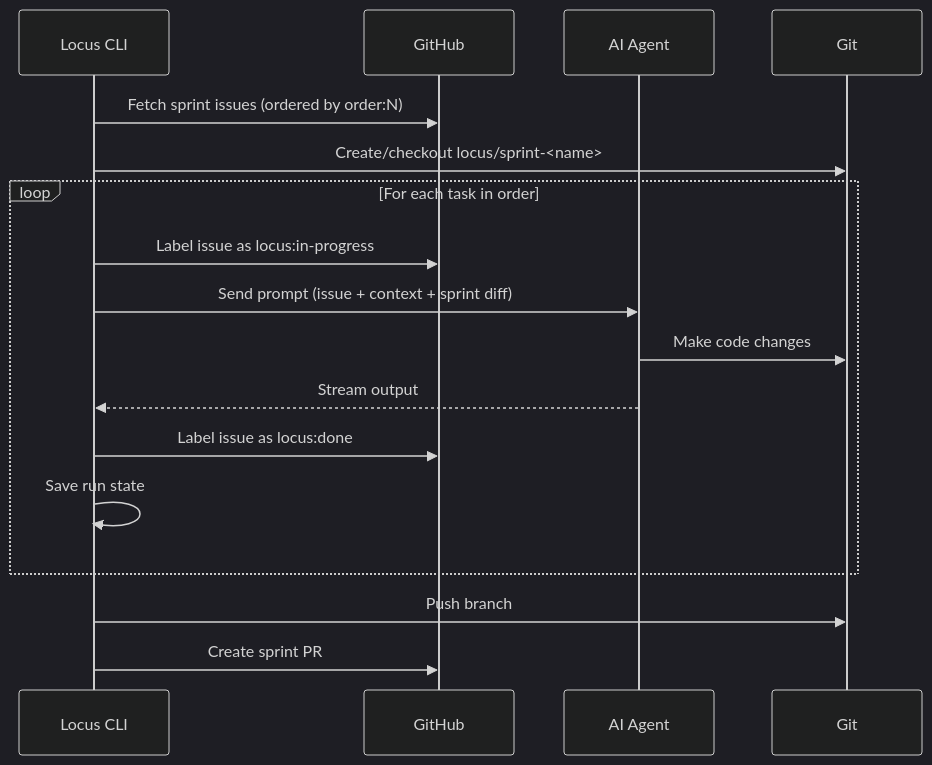
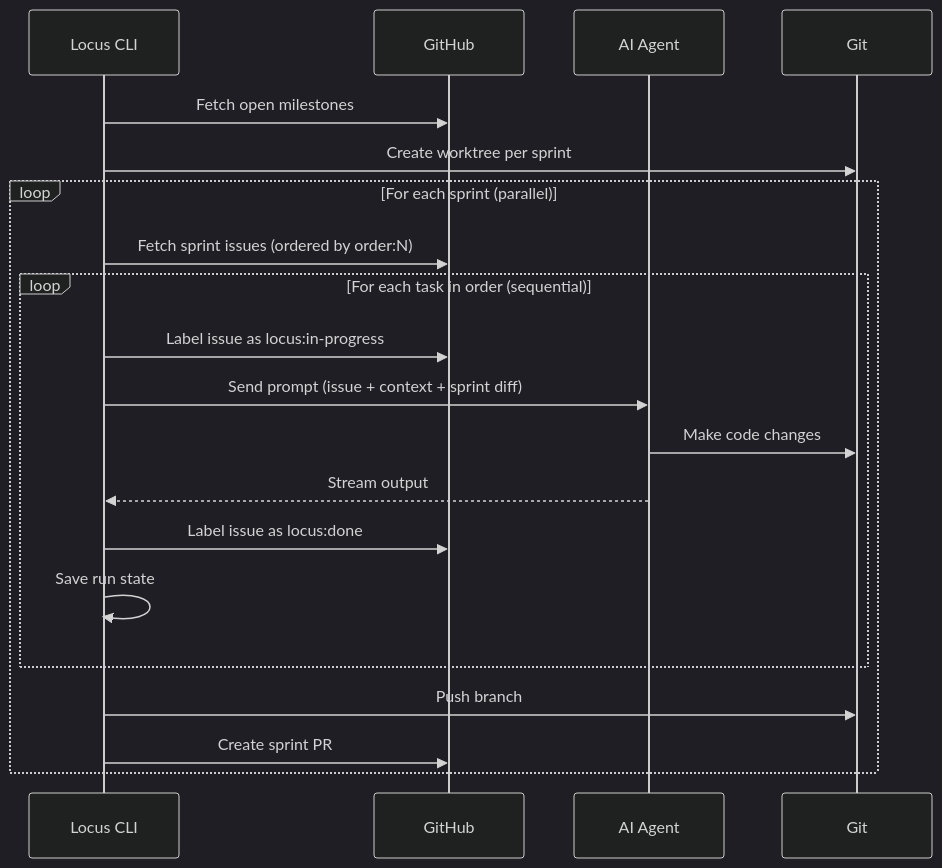
Before and after one commit to asgarovf/locusai: the first of 4 diagrams in docs/concepts/execution-model.md, drawn with Mermaid (dark theme). The commit also changed other lines of this file and 25 other files, not shown here.

First line of the commit message:
refactor(sprint): auto-detect open sprints and run each in isolated worktree

````diff
--- a/docs/concepts/execution-model.md
+++ b/docs/concepts/execution-model.md
@@ -29,22 +32,24 @@
 ```mermaid
 sequenceDiagram
     participant L as Locus CLI
     participant GH as GitHub
     participant AI as AI Agent
     participant Git as Git
 
-    L->>GH: Fetch sprint issues (ordered by order:N)
-    L->>Git: Create/checkout locus/sprint-<name>
+    L->>GH: Fetch open milestones
+    L->>Git: Create worktree per sprint
 
-    loop For each task in order
-        L->>GH: Label issue as locus:in-progress
-        L->>AI: Send prompt (issue + context + sprint diff)
-        AI->>Git: Make code changes
-        AI-->>L: Stream output
-        L->>GH: Label issue as locus:done
-        L->>L: Save run state
+    loop For each sprint (parallel)
+        L->>GH: Fetch sprint issues (ordered by order:N)
+        loop For each task in order (sequential)
+            L->>GH: Label issue as locus:in-progress
+            L->>AI: Send prompt (issue + context + sprint diff)
+            AI->>Git: Make code changes
+            AI-->>L: Stream output
+            L->>GH: Label issue as locus:done
+            L->>L: Save run state
+        end
+        L->>Git: Push branch
+        L->>GH: Create sprint PR
     end
-
-    L->>Git: Push branch
-    L->>GH: Create sprint PR
 ```
````
